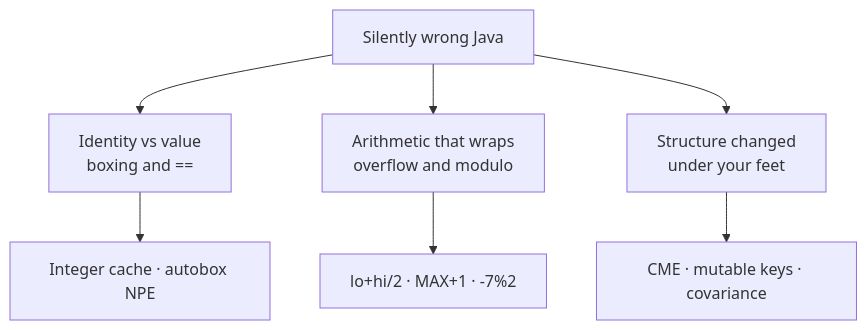
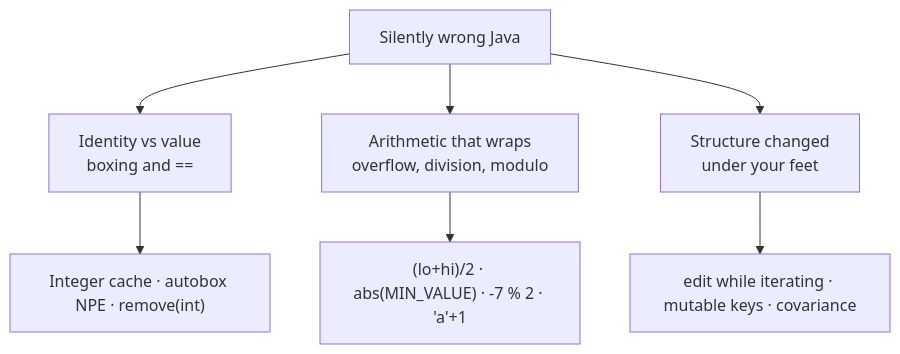
Before and after one commit to Hmago/ml4: the second of 2 diagrams in content/38_java_refresher.md, drawn with Mermaid. The commit also changed other lines of this file and 200 other files, not shown here.

````diff
--- a/content/38_java_refresher.md
+++ b/content/38_java_refresher.md
@@ -1341,9 +2168,9 @@
 ```mermaid
 graph TD
     A[Silently wrong Java] --> B[Identity vs value<br/>boxing and ==]
-    A --> C[Arithmetic that wraps<br/>overflow and modulo]
+    A --> C["Arithmetic that wraps<br/>overflow, division, modulo"]
     A --> D[Structure changed<br/>under your feet]
-    B --> B1[Integer cache · autobox NPE]
-    C --> C1[lo+hi/2 · MAX+1 · -7%2]
-    D --> D1[CME · mutable keys · covariance]
+    B --> B1["Integer cache · autobox NPE · remove(int)"]
+    C --> C1["(lo+hi)/2 · abs(MIN_VALUE) · -7 % 2 · 'a'+1"]
+    D --> D1[edit while iterating · mutable keys · covariance]
 ```
````
